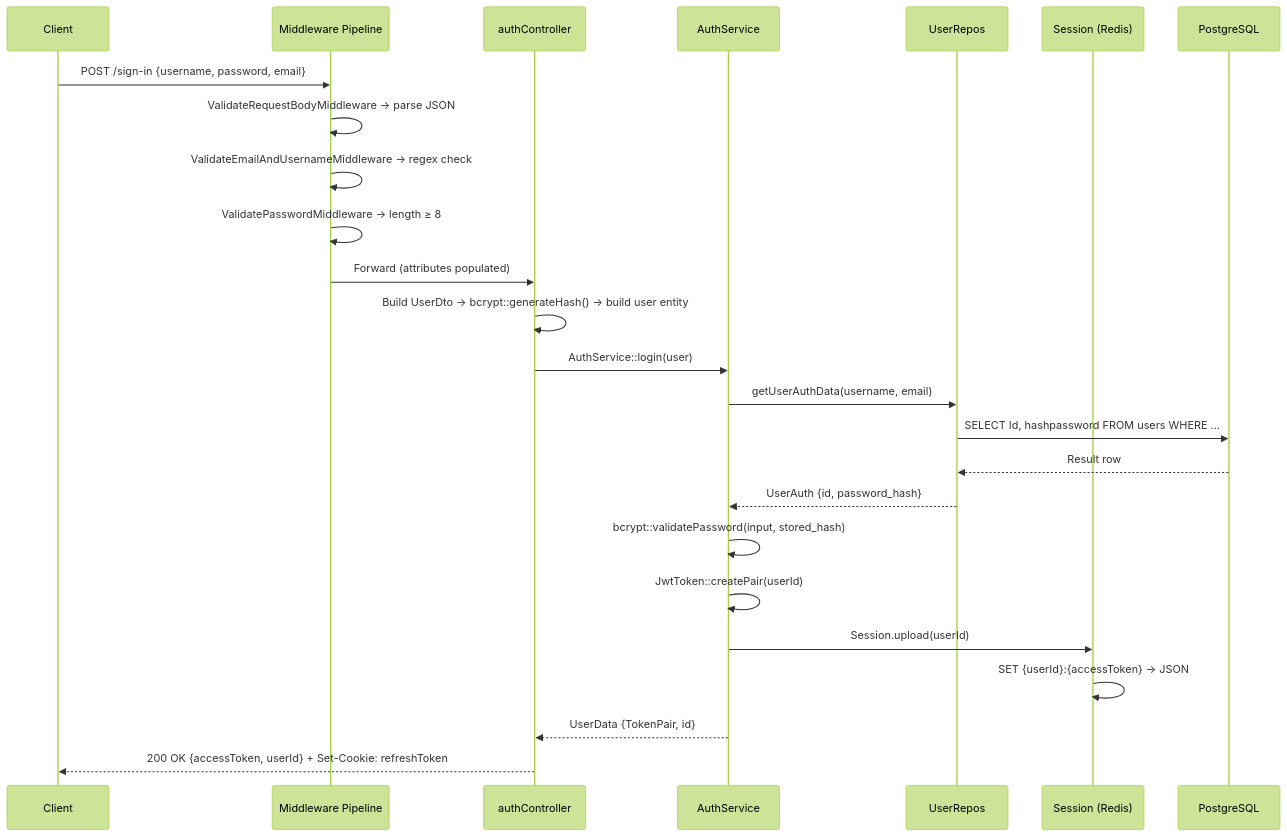
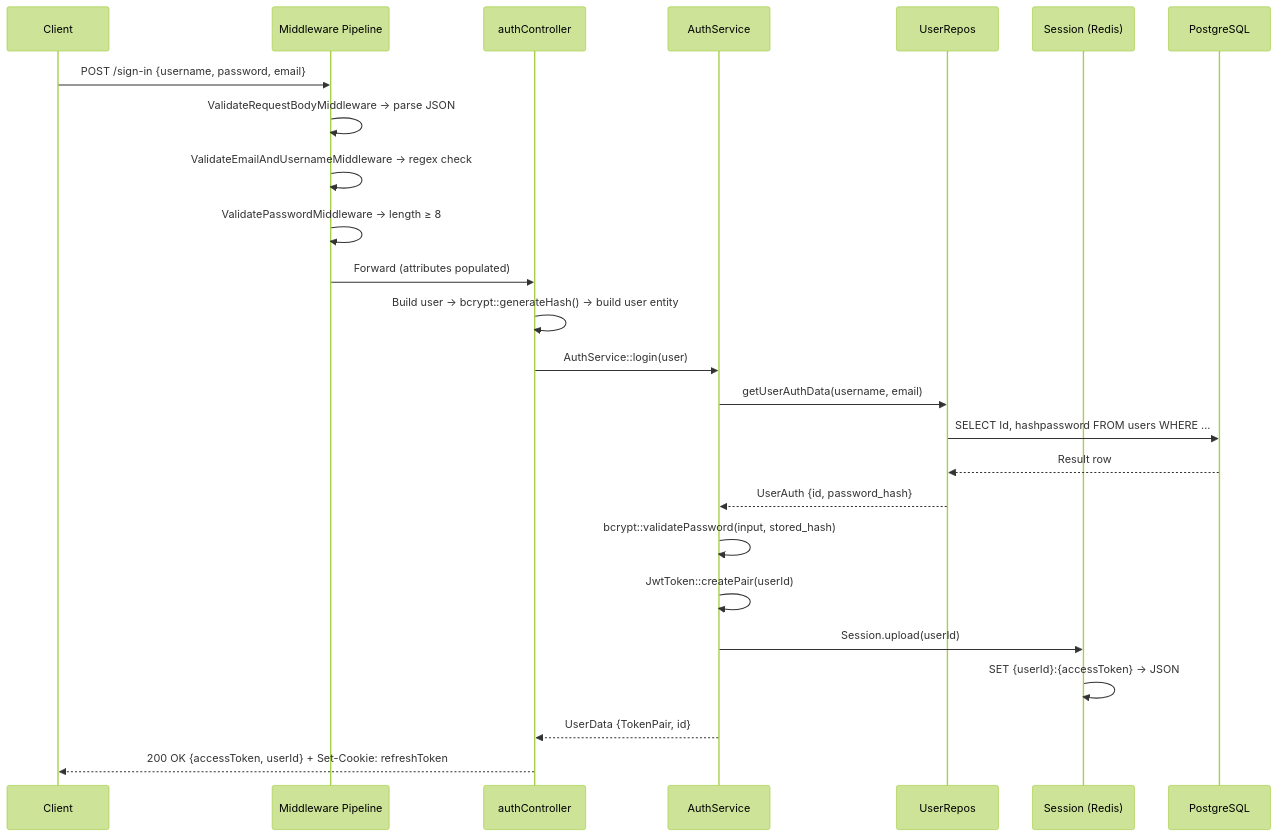
One commit to cheng25/drogon-auth changed the third of 15 diagrams in LJC branch.md. Above: the diagram before and after it, drawn with Mermaid (forest theme). The commit also changed other lines of this file and 8 other files, not shown here.

````diff
--- a/LJC branch.md
+++ b/LJC branch.md
@@ -206,28 +206,28 @@
 ```mermaid
 sequenceDiagram
     participant C as Client
     participant MW as Middleware Pipeline
     participant CTL as authController
     participant SVC as AuthService
     participant UR as UserRepos
     participant SR as Session (Redis)
     participant PG as PostgreSQL
 
     C->>MW: POST /sign-in {username, password, email}
     MW->>MW: ValidateRequestBodyMiddleware → parse JSON
     MW->>MW: ValidateEmailAndUsernameMiddleware → regex check
     MW->>MW: ValidatePasswordMiddleware → length ≥ 8
     MW->>CTL: Forward (attributes populated)
-    CTL->>CTL: Build UserDto → bcrypt::generateHash() → build user entity
+    CTL->>CTL: Build user → bcrypt::generateHash() → build user entity
     CTL->>SVC: AuthService::login(user)
     SVC->>UR: getUserAuthData(username, email)
     UR->>PG: SELECT Id, hashpassword FROM users WHERE ...
     PG-->>UR: Result row
     UR-->>SVC: UserAuth {id, password_hash}
     SVC->>SVC: bcrypt::validatePassword(input, stored_hash)
     SVC->>SVC: JwtToken::createPair(userId)
     SVC->>SR: Session.upload(userId)
     SR->>SR: SET {userId}:{accessToken} → JSON
     SVC-->>CTL: UserData {TokenPair, id}
     CTL-->>C: 200 OK {accessToken, userId} + Set-Cookie: refreshToken
 ```
````
